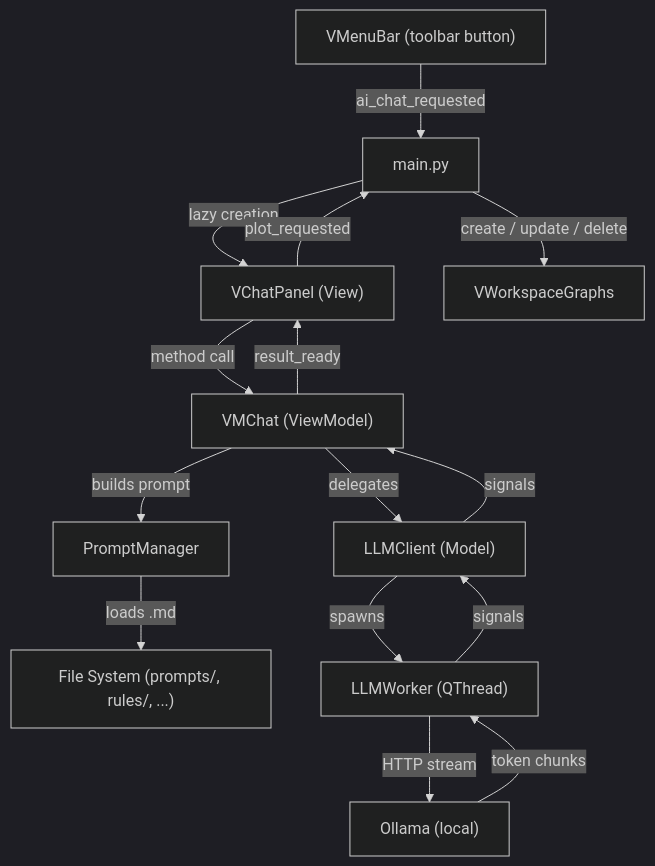
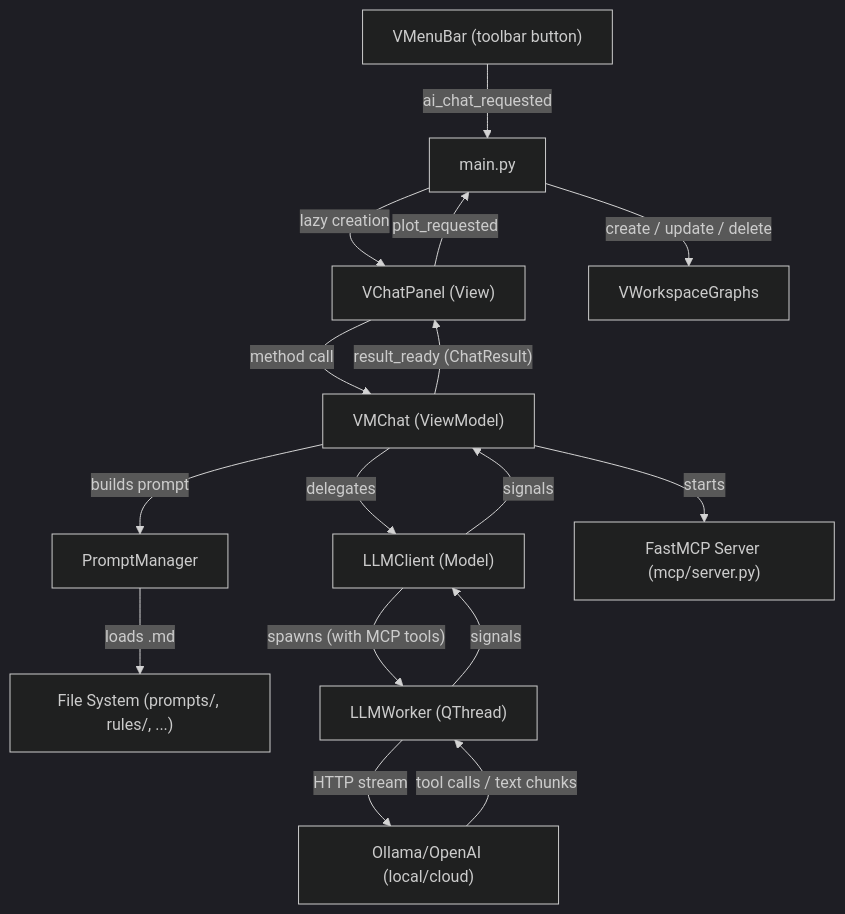
Before and after one commit to CEA-MetroCarac/SPECTROview: the first of 2 diagrams in docs/developer/ai_agent.md, drawn with Mermaid (dark theme). The commit also changed other lines of this file and 12 other files, not shown here.

````diff
--- a/docs/developer/ai_agent.md
+++ b/docs/developer/ai_agent.md
@@ -66,17 +66,18 @@
 ```mermaid
 graph TD
     TB["VMenuBar (toolbar button)"] -->|"ai_chat_requested"| Main["main.py"]
     Main -->|"lazy creation"| VCP["VChatPanel (View)"]
     VCP -->|"method call"| VMC["VMChat (ViewModel)"]
     VMC -->|"delegates"| LLC["LLMClient (Model)"]
     VMC -->|"builds prompt"| PM["PromptManager"]
+    VMC -->|"starts"| MCP["FastMCP Server (mcp/server.py)"]
     PM -->|"loads .md"| FS["File System (prompts/, rules/, ...)"]
-    LLC -->|"spawns"| LLW["LLMWorker (QThread)"]
-    LLW -->|"HTTP stream"| OLL["Ollama (local)"]
-    OLL -->|"token chunks"| LLW
+    LLC -->|"spawns (with MCP tools)"| LLW["LLMWorker (QThread)"]
+    LLW -->|"HTTP stream"| OLL["Ollama/OpenAI (local/cloud)"]
+    OLL -->|"tool calls / text chunks"| LLW
     LLW -->|"signals"| LLC
     LLC -->|"signals"| VMC
-    VMC -->|"result_ready"| VCP
+    VMC -->|"result_ready (ChatResult)"| VCP
     VCP -->|"plot_requested"| Main
     Main -->|"create / update / delete"| VWG["VWorkspaceGraphs"]
 ```
````
